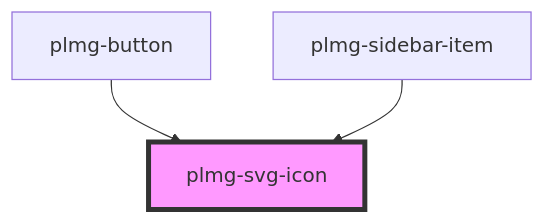
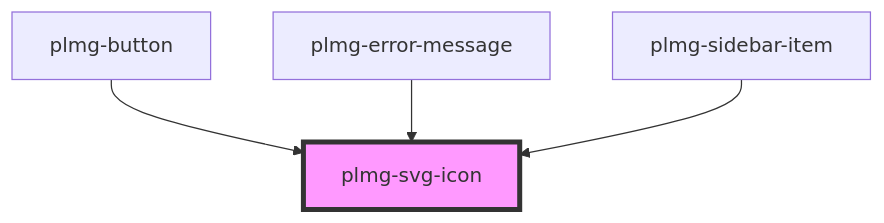
Before and after one commit to DuckyTeam/Plumage: the diagram in packages/component-library/src/components/plmg-svg-icon/readme.md, drawn with Mermaid. The commit also changed other lines of this file and 3 other files, not shown here.

````diff
--- a/packages/component-library/src/components/plmg-svg-icon/readme.md
+++ b/packages/component-library/src/components/plmg-svg-icon/readme.md
@@ -25,6 +26,7 @@
 ```mermaid
 graph TD;
   plmg-button --> plmg-svg-icon
+  plmg-error-message --> plmg-svg-icon
   plmg-sidebar-item --> plmg-svg-icon
   style plmg-svg-icon fill:#f9f,stroke:#333,stroke-width:4px
 ```
````
